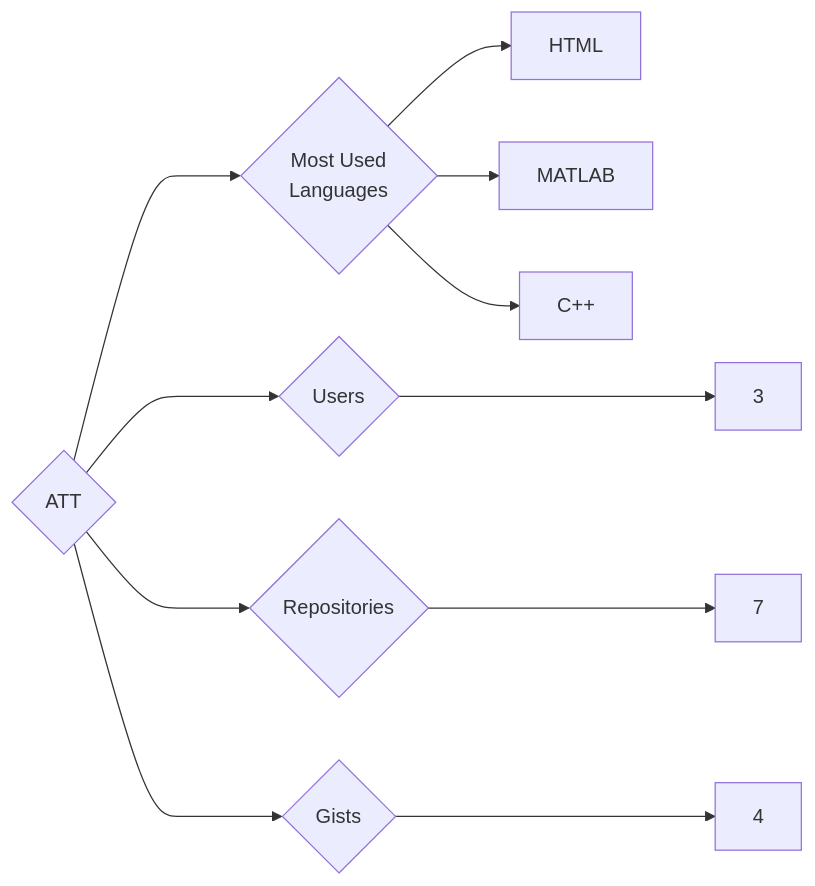
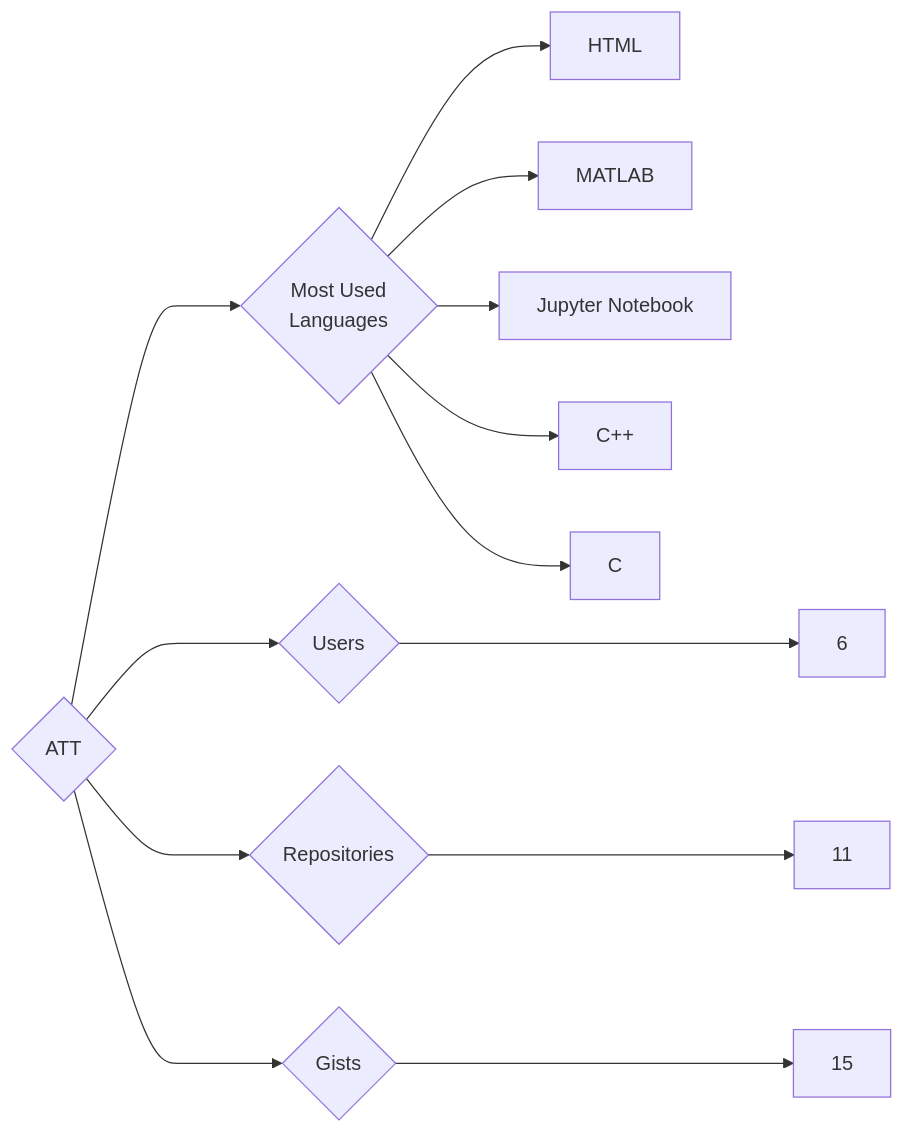
The diagram in targets/ATT/README.md (trickest/insiders), drawn with Mermaid before and after one commit. The commit also changed 1120 other files, not shown here.

````diff
--- a/targets/ATT/README.md
+++ b/targets/ATT/README.md
@@ -3,11 +3,13 @@
 ```mermaid
 graph LR
 COMPANY_NAME{ATT}
-COMPANY_NAME ---> U{Users} ---> UN[3]
-COMPANY_NAME ---> R{Repositories} ---> RN[7]
-COMPANY_NAME ---> G{Gists} ---> GN[4]
+COMPANY_NAME ---> U{Users} ---> UN[6]
+COMPANY_NAME ---> R{Repositories} ---> RN[11]
+COMPANY_NAME ---> G{Gists} ---> GN[15]
 COMPANY_NAME ---> ML{Most Used<br>Languages}
 ML --> HTML[HTML]
 ML --> MATLAB[MATLAB]
+ML --> Jupyter_Notebook[Jupyter Notebook]
 ML --> C++[C++]
+ML --> C[C]
 ```
````
